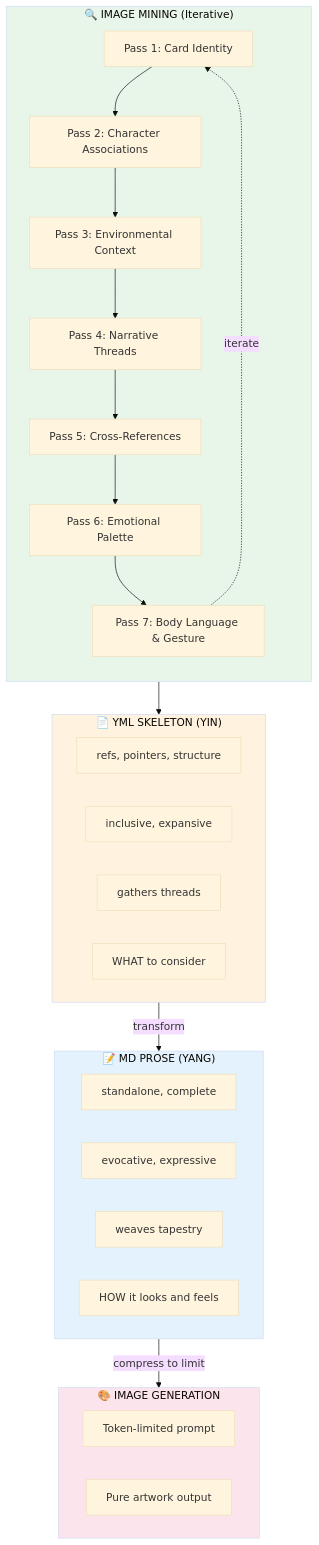
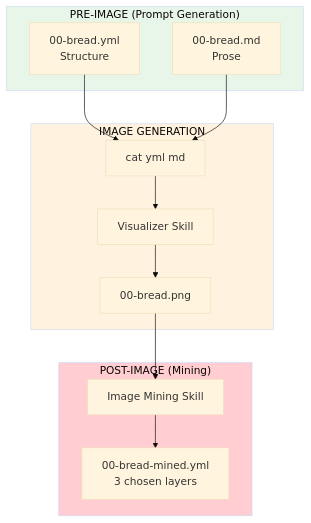
Before and after one commit to SimHacker/moollm: the third of 3 diagrams in skills/experiment/experiments/fluxx-chaos/runs/amsterdam-flux/artwork/ARTWORK.md, drawn with Mermaid (base theme). The commit also changed other lines of this file, not shown here.

First line of the commit message:
[ARTWORK] Correct pipeline: Mining happens AFTER image generation!

````diff
--- a/skills/experiment/experiments/fluxx-chaos/runs/amsterdam-flux/artwork/ARTWORK.md
+++ b/skills/experiment/experiments/fluxx-chaos/runs/amsterdam-flux/artwork/ARTWORK.md
@@ -237,44 +310,27 @@
 ```mermaid
 flowchart TB
-    subgraph MINING["🔍 IMAGE MINING (Iterative)"]
-        direction TB
-        P1[Pass 1: Card Identity]
-        P2[Pass 2: Character Associations]
-        P3[Pass 3: Environmental Context]
-        P4[Pass 4: Narrative Threads]
-        P5[Pass 5: Cross-References]
-        P6[Pass 6: Emotional Palette]
-        P7[Pass 7: Body Language & Gesture]
-        
-        P1 --> P2 --> P3 --> P4 --> P5 --> P6 --> P7
-        P7 -.->|"iterate"| P1
+    subgraph PRE["PRE-IMAGE (Prompt Generation)"]
+        YML[00-bread.yml<br/>Structure]
+        MD[00-bread.md<br/>Prose]
     end
 
-    subgraph YML["📄 YML SKELETON (YIN)"]
-        Y1[refs, pointers, structure]
-        Y2[inclusive, expansive]
-        Y3[gathers threads]
-        Y4[WHAT to consider]
+    subgraph GEN["IMAGE GENERATION"]
+        CAT["cat yml md"]
+        VIS[Visualizer Skill]
+        PNG[00-bread.png]
+        CAT --> VIS --> PNG
     end
 
-    subgraph MD["📝 MD PROSE (YANG)"]
-        M1[standalone, complete]
-        M2[evocative, expressive]
-        M3[weaves tapestry]
-        M4[HOW it looks and feels]
+    subgraph POST["POST-IMAGE (Mining)"]
+        MINE[Image Mining Skill]
+        MINED[00-bread-mined.yml<br/>3 chosen layers]
+        PNG --> MINE --> MINED
     end
 
-    subgraph IMG["🎨 IMAGE GENERATION"]
-        I1[Token-limited prompt]
-        I2[Pure artwork output]
-    end
+    YML --> CAT
+    MD --> CAT
 
-    MINING --> YML
-    YML -->|"transform"| MD
-    MD -->|"compress to limit"| IMG
-
-    style MINING fill:#e8f5e9
-    style YML fill:#fff3e0
-    style MD fill:#e3f2fd
-    style IMG fill:#fce4ec
+    style PRE fill:#e8f5e9
+    style GEN fill:#fff3e0
+    style POST fill:#ffcdd2
 ```
````
